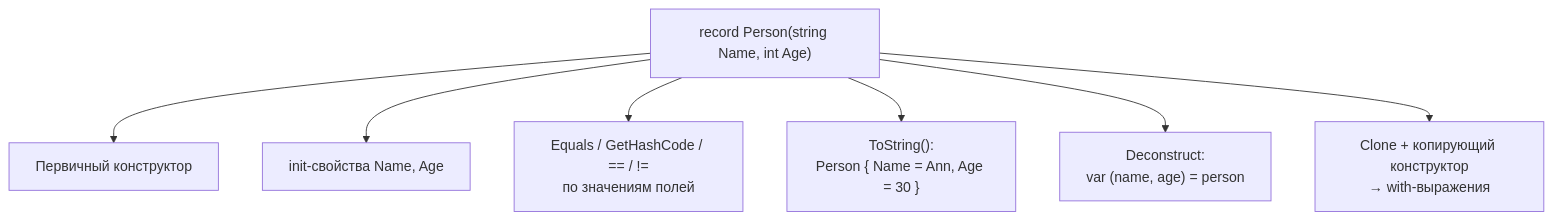
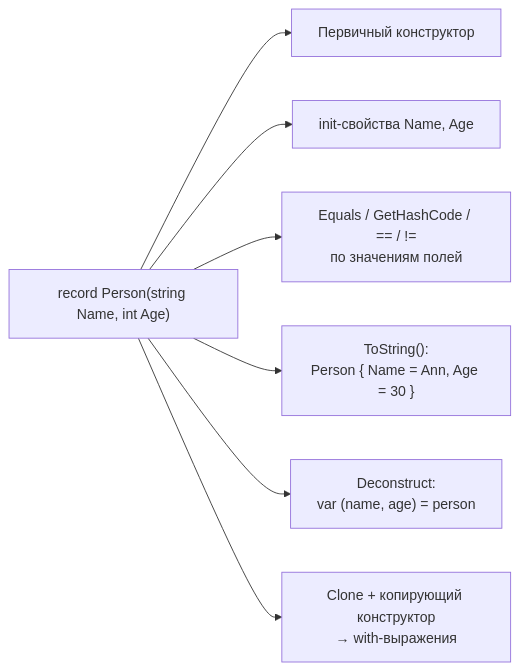
Before and after one commit to sh-sharifjonov/DotnetQuestionsForMiddle: the first of 2 diagrams in content/01-csharp-dotnet/15-record-types.md, drawn with Mermaid. The commit also changed 51 other files, not shown here.

First line of the commit message:
Improve diagram layouts, warn about over-wide diagrams

````diff
--- a/content/01-csharp-dotnet/15-record-types.md
+++ b/content/01-csharp-dotnet/15-record-types.md
@@ -52,9 +52,9 @@
 ```mermaid Что получаем «бесплатно» от record
-flowchart TD
+flowchart LR
     R["record Person(string Name, int Age)"] --> C["Первичный конструктор"]
     R --> P["init-свойства Name, Age"]
     R --> E["Equals / GetHashCode / == / !=<br/>по значениям полей"]:::accent
     R --> T["ToString():<br/>Person { Name = Ann, Age = 30 }"]
     R --> D["Deconstruct:<br/>var (name, age) = person"]
     R --> W["Clone + копирующий конструктор<br/>→ with-выражения"]
 ```
````
